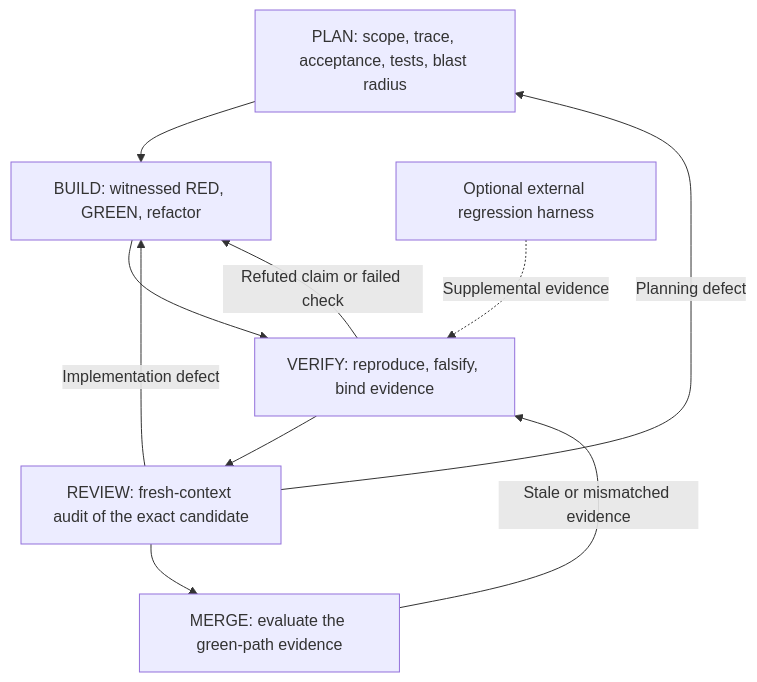
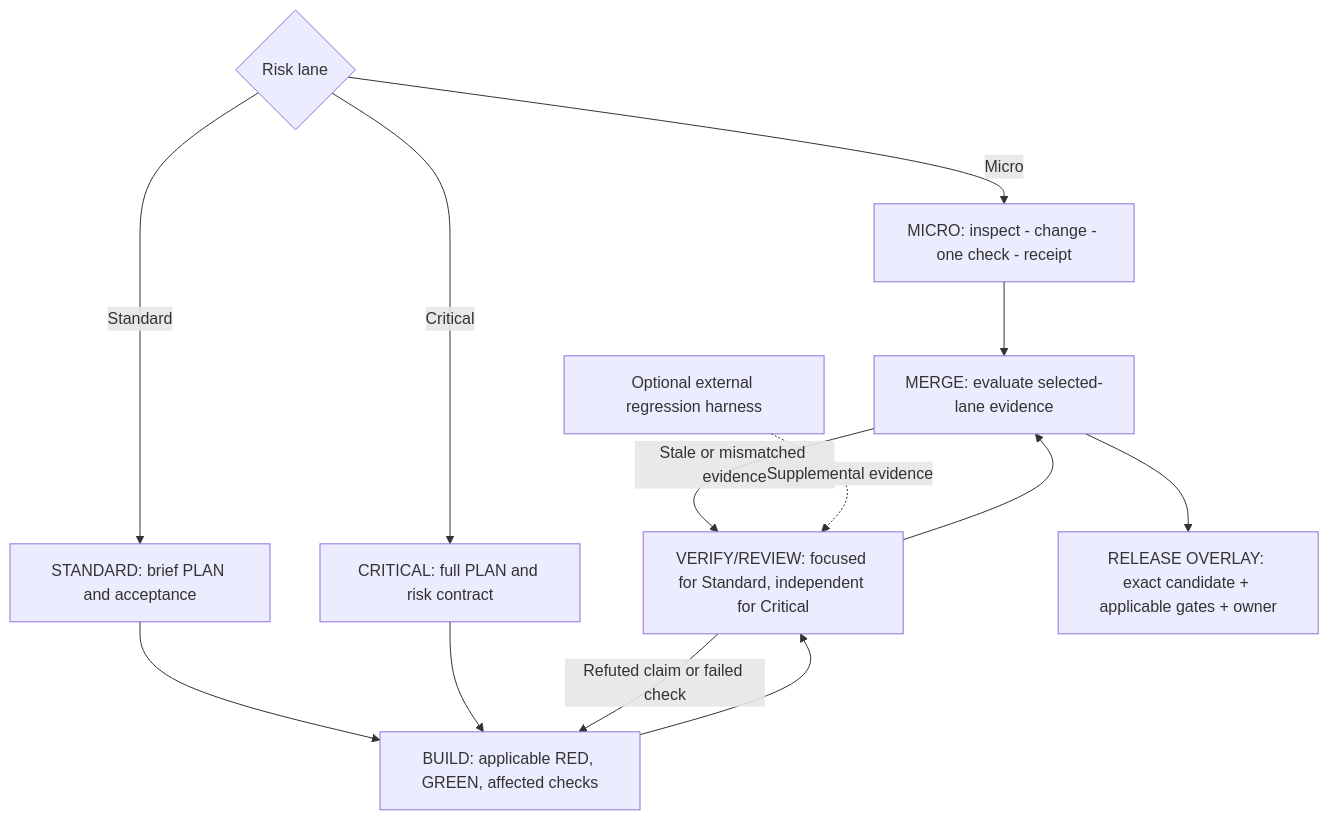
One commit to scottconverse/dev-rigor-stack-lite changed the second of 2 diagrams in docs/architecture.md. Above: the diagram before and after it, drawn with Mermaid. The commit also changed other lines of this file and 30 other files, not shown here.

````diff
--- a/docs/architecture.md
+++ b/docs/architecture.md
@@ -44,12 +45,16 @@
 ```mermaid
 flowchart TD
-    Plan["PLAN: scope, trace, acceptance, tests, blast radius"] --> Build["BUILD: witnessed RED, GREEN, refactor"]
-    Build --> Verify["VERIFY: reproduce, falsify, bind evidence"]
-    Verify --> Review["REVIEW: fresh-context audit of the exact candidate"]
-    Review --> Merge["MERGE: evaluate the green-path evidence"]
+    Route{"Risk lane"}
+    Route -- "Micro" --> Micro["MICRO: inspect - change - one check - receipt"]
+    Route -- "Standard" --> Plan["STANDARD: brief PLAN and acceptance"]
+    Route -- "Critical" --> Critical["CRITICAL: full PLAN and risk contract"]
+    Plan --> Build["BUILD: applicable RED, GREEN, affected checks"]
+    Critical --> Build
+    Build --> Verify["VERIFY/REVIEW: focused for Standard, independent for Critical"]
+    Verify --> Merge["MERGE: evaluate selected-lane evidence"]
+    Micro --> Merge
     Verify -- "Refuted claim or failed check" --> Build
-    Review -- "Planning defect" --> Plan
-    Review -- "Implementation defect" --> Build
     Merge -- "Stale or mismatched evidence" --> Verify
+    Merge --> Release["RELEASE OVERLAY: exact candidate + applicable gates + owner"]
     Harness["Optional external regression harness"] -. "Supplemental evidence" .-> Verify
 ```
````
